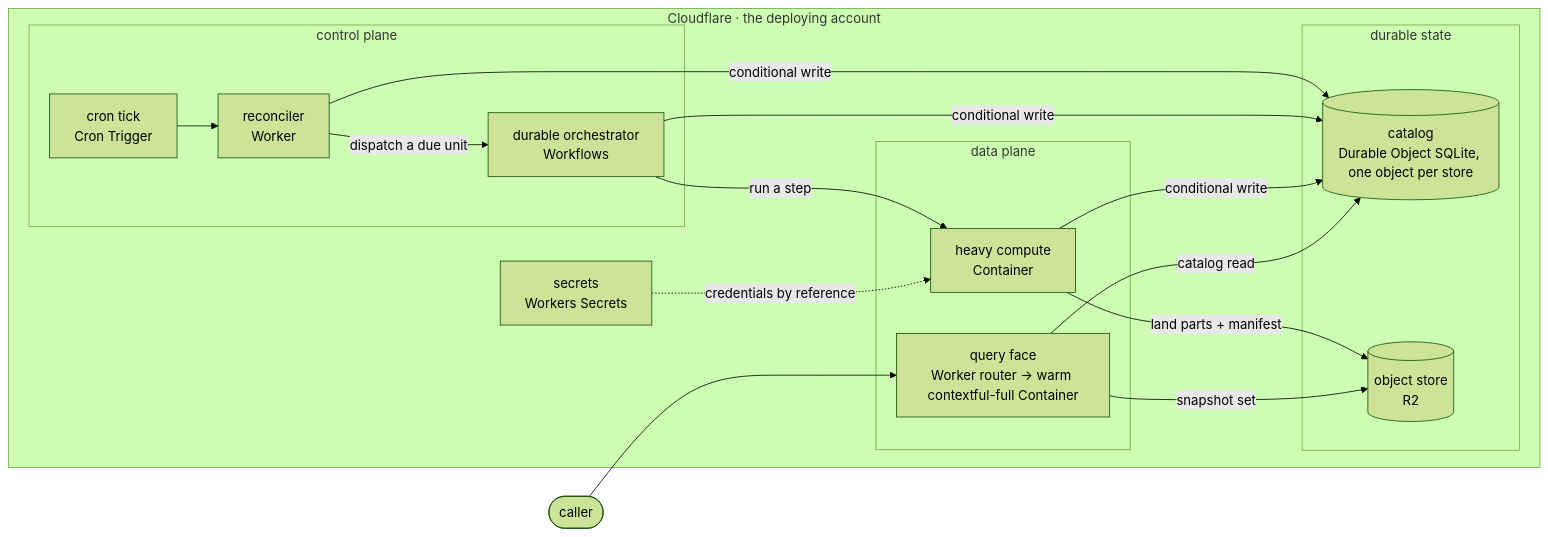
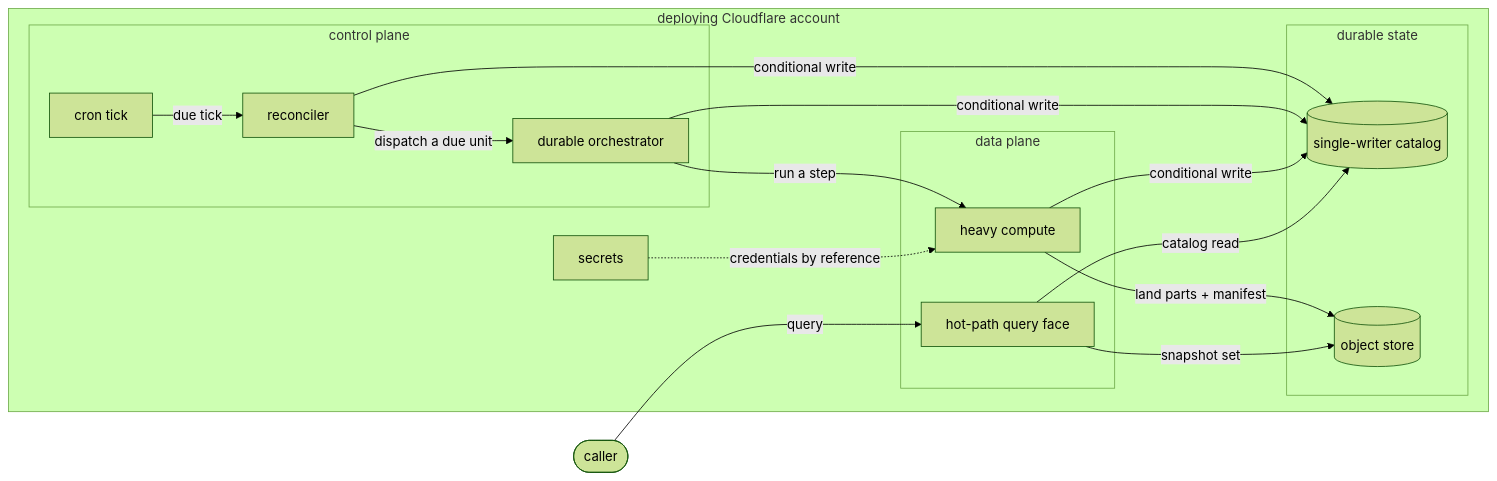
One commit to fractalboxdev/contextful changed the second of 3 diagrams in spec/targets.md. Above: the diagram before and after it, drawn with Mermaid (forest theme). The commit also changed other lines of this file and 44 other files, not shown here.

First line of the commit message:
spec: diagrams draw entities and flows, and the checker enforces it (#12)

````diff
--- a/spec/targets.md
+++ b/spec/targets.md
@@ -73,26 +73,26 @@
 ```mermaid
 flowchart LR
   CALLER(["caller"])
-  subgraph ACCOUNT["Cloudflare · the deploying account"]
+  subgraph ACCOUNT["deploying Cloudflare account"]
     subgraph CONTROL["control plane"]
-      TICK["cron tick<br/>Cron Trigger"]
-      REC["reconciler<br/>Worker"]
-      ORCH["durable orchestrator<br/>Workflows"]
+      TICK["cron tick"]
+      REC["reconciler"]
+      ORCH["durable orchestrator"]
     end
     subgraph DATA["data plane"]
-      COMP["heavy compute<br/>Container"]
-      QF["query face<br/>Worker router → warm contextful-full Container"]
+      COMP["heavy compute"]
+      QF["hot-path query face"]
     end
     subgraph STATE["durable state"]
-      CAT[("catalog<br/>Durable Object SQLite, one object per store")]
-      OBJ[("object store<br/>R2")]
+      CAT[("single-writer catalog")]
+      OBJ[("object store")]
     end
-    SEC["secrets<br/>Workers Secrets"]
+    SEC["secrets"]
   end
-  TICK --> REC -- "dispatch a due unit" --> ORCH -- "run a step" --> COMP
+  TICK -- "due tick" --> REC -- "dispatch a due unit" --> ORCH -- "run a step" --> COMP
   COMP -- "land parts + manifest" --> OBJ
   REC & ORCH & COMP -- "conditional write" --> CAT
-  CALLER --> QF -- "snapshot set" --> OBJ
+  CALLER -- "query" --> QF -- "snapshot set" --> OBJ
   QF -- "catalog read" --> CAT
   SEC -. "credentials by reference" .-> COMP
 ```
````
